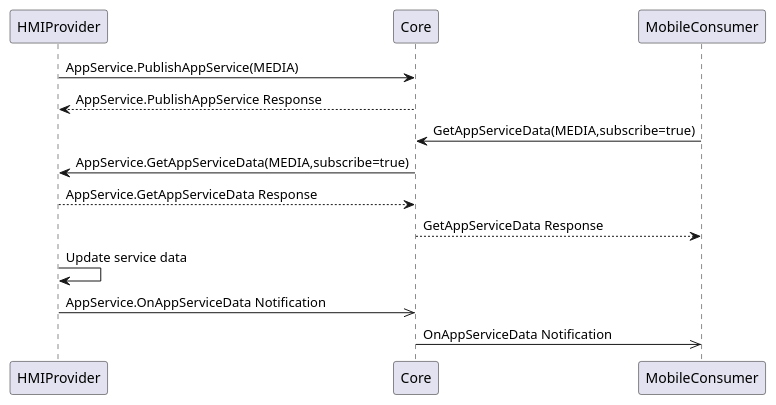
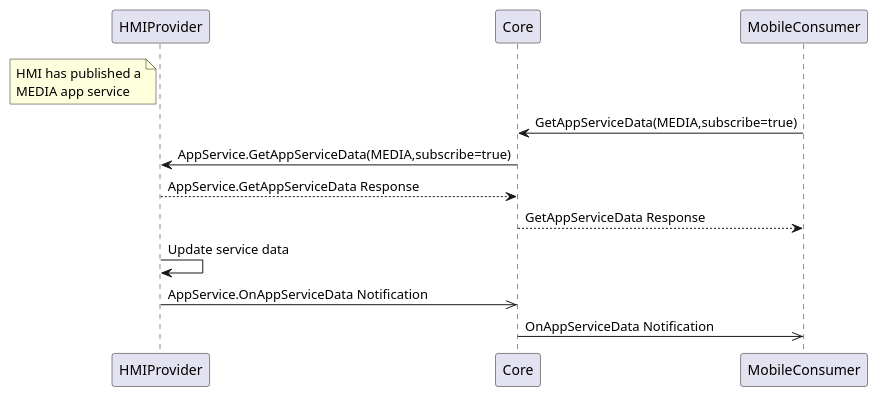
Before and after one commit to smartdevicelink/sdl_hmi_integration_guidelines: the diagram in docs/AppService/OnAppServiceData/assets/OnAppServiceData_HMI_ASP.puml, drawn with PlantUML. The commit also changed 9 other files, not shown here.

```diff
--- a/docs/AppService/OnAppServiceData/assets/OnAppServiceData_HMI_ASP.puml
+++ b/docs/AppService/OnAppServiceData/assets/OnAppServiceData_HMI_ASP.puml
@@ -1,16 +1,16 @@
 @startuml OnAppServiceData_HMI_ASP
 participant HMIProvider
 participant Core
 participant MobileConsumer
 
-HMIProvider -> Core: AppService.PublishAppService(MEDIA)
-Core --> HMIProvider: AppService.PublishAppService Response
+note left of HMIProvider: HMI has published a\nMEDIA app service
+
 MobileConsumer -> Core: GetAppServiceData(MEDIA,subscribe=true)
 Core -> HMIProvider: AppService.GetAppServiceData(MEDIA,subscribe=true)
 HMIProvider --> Core: AppService.GetAppServiceData Response
 Core --> MobileConsumer: GetAppServiceData Response
 HMIProvider -> HMIProvider: Update service data
 HMIProvider ->> Core: AppService.OnAppServiceData Notification
 Core ->> MobileConsumer: OnAppServiceData Notification
 
 @enduml
```
